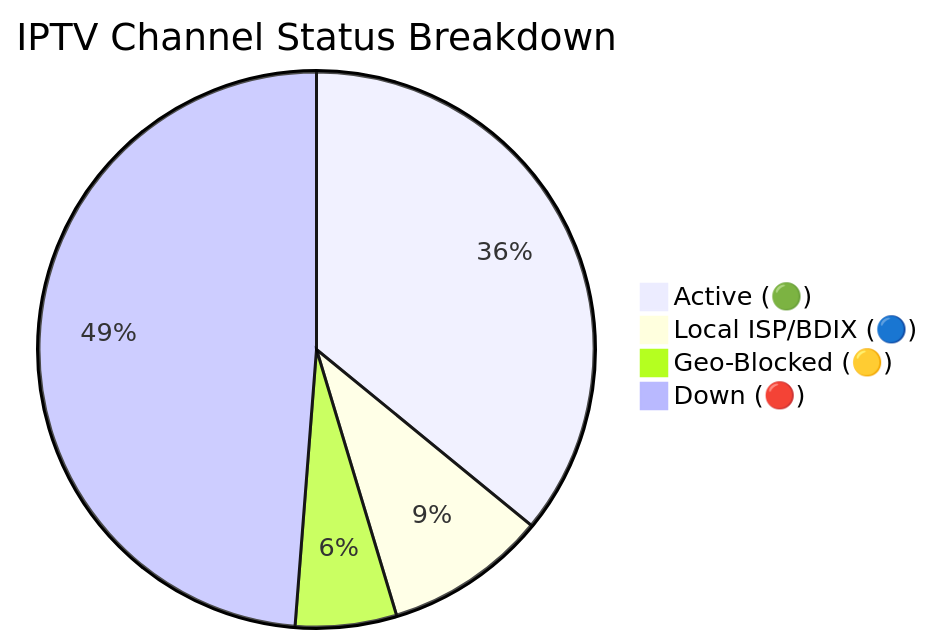
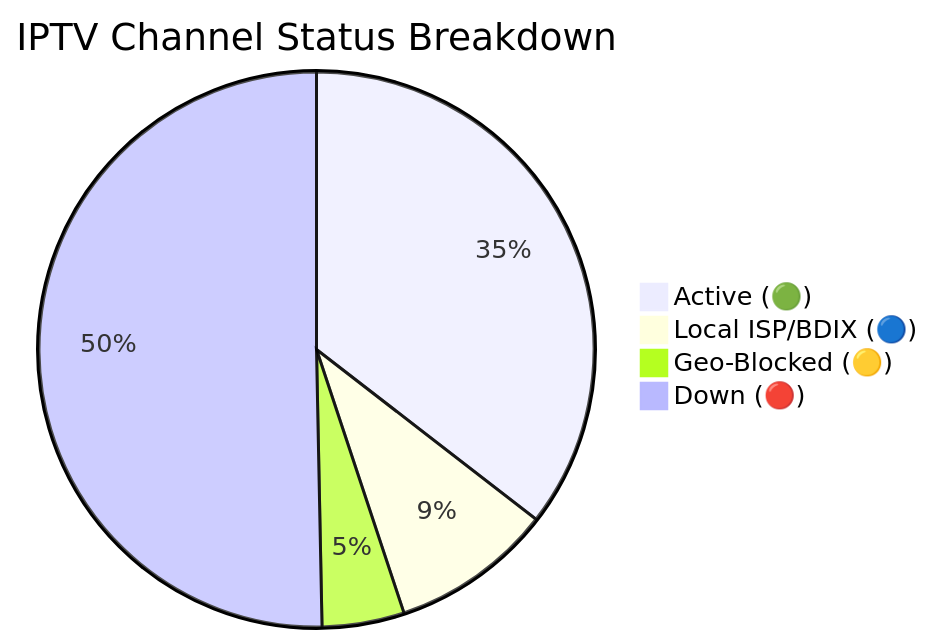
The diagram in README.md (andreataylord/Ip-tv-Collection), drawn with Mermaid before and after one commit. The commit also changed other lines of this file and 1 other file, not shown here.

Commit message:
docs(readme): auto-update daily channel status chart

````diff
--- a/README.md
+++ b/README.md
@@ -59,7 +59,7 @@
 ```mermaid
 pie title IPTV Channel Status Breakdown
-    "Active (🟢)" : 2989
+    "Active (🟢)" : 2952
     "Local ISP/BDIX (🔵)" : 784
-    "Geo-Blocked (🟡)" : 490
-    "Down (🔴)" : 4058
+    "Geo-Blocked (🟡)" : 398
+    "Down (🔴)" : 4187
 ```
````
